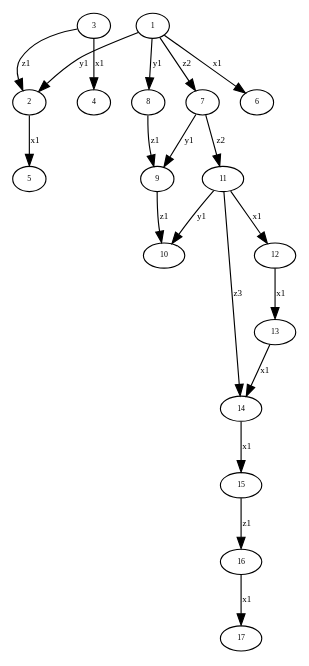
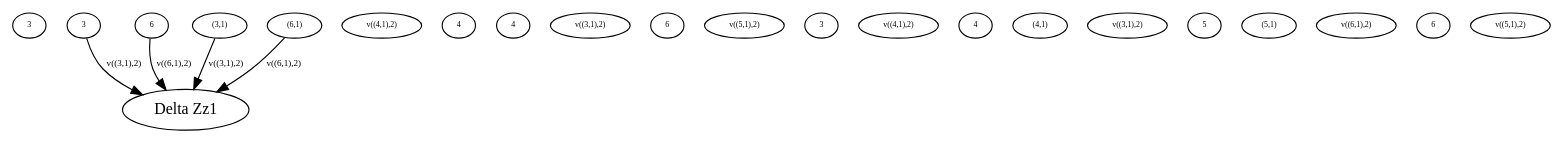
Before and after one commit to AndrewDuncan/Doublecoset: the diagram in python/genfold/alg3_test.gv, drawn with Graphviz. The commit also changed 2 other files, not shown here.

```diff
--- a/python/genfold/alg3_test.gv
+++ b/python/genfold/alg3_test.gv
@@ -1,38 +1,27 @@
 digraph H {
-"Hv1" [label="1",fontsize=7,width=.01,height=.01];
-"Hv1" -> "Hv2" [label="y1",fontsize=8];
-"Hv1" -> "Hv8" [label="y1",fontsize=8];
-"Hv1" -> "Hv6" [label="x1",fontsize=8];
-"Hv1" -> "Hv7" [label="z2",fontsize=8];
-"Hv2" [label="2",fontsize=7,width=.01,height=.01];
-"Hv2" -> "Hv5" [label="x1",fontsize=8];
-"Hv3" [label="3",fontsize=7,width=.01,height=.01];
-"Hv3" -> "Hv4" [label="x1",fontsize=8];
-"Hv3" -> "Hv2" [label="z1",fontsize=8];
-"Hv4" [label="4",fontsize=7,width=.01,height=.01];
-"Hv5" [label="5",fontsize=7,width=.01,height=.01];
-"Hv6" [label="6",fontsize=7,width=.01,height=.01];
-"Hv7" [label="7",fontsize=7,width=.01,height=.01];
-"Hv7" -> "Hv9" [label="y1",fontsize=8];
-"Hv7" -> "Hv11" [label="z2",fontsize=8];
-"Hv8" [label="8",fontsize=7,width=.01,height=.01];
-"Hv8" -> "Hv9" [label="z1",fontsize=8];
-"Hv9" [label="9",fontsize=7,width=.01,height=.01];
-"Hv9" -> "Hv10" [label="z1",fontsize=8];
-"Hv10" [label="10",fontsize=7,width=.01,height=.01];
-"Hv11" [label="11",fontsize=7,width=.01,height=.01];
-"Hv11" -> "Hv10" [label="y1",fontsize=8];
-"Hv11" -> "Hv12" [label="x1",fontsize=8];
-"Hv11" -> "Hv14" [label="z3",fontsize=8];
-"Hv12" [label="12",fontsize=7,width=.01,height=.01];
-"Hv12" -> "Hv13" [label="x1",fontsize=8];
-"Hv13" [label="13",fontsize=7,width=.01,height=.01];
-"Hv13" -> "Hv14" [label="x1",fontsize=8];
-"Hv14" [label="14",fontsize=7,width=.01,height=.01];
-"Hv14" -> "Hv15" [label="x1",fontsize=8];
-"Hv15" [label="15",fontsize=7,width=.01,height=.01];
-"Hv15" -> "Hv16" [label="z1",fontsize=8];
-"Hv16" [label="16",fontsize=7,width=.01,height=.01];
-"Hv16" -> "Hv17" [label="x1",fontsize=8];
-"Hv17" [label="17",fontsize=7,width=.01,height=.01];
+"Delta Zv1" [label="3",fontsize=7,width=.01,height=.01];
+"Delta Zv2" [label="3",fontsize=7,width=.01,height=.01];
+"Delta Zv2" -> "Delta Zz1" [label="v((3,1),2)",fontsize=8];
+"Delta Zv3" [label="v((4,1),2)",fontsize=7,width=.01,height=.01];
+"Delta Zv4" [label="4",fontsize=7,width=.01,height=.01];
+"Delta Zv5" [label="4",fontsize=7,width=.01,height=.01];
+"Delta Zv6" [label="v((3,1),2)",fontsize=7,width=.01,height=.01];
+"Delta Zv7" [label="6",fontsize=7,width=.01,height=.01];
+"Delta Zv8" [label="6",fontsize=7,width=.01,height=.01];
+"Delta Zv8" -> "Delta Zz1" [label="v((6,1),2)",fontsize=8];
+"Delta Zv9" [label="v((5,1),2)",fontsize=7,width=.01,height=.01];
+"Delta Zv10" [label="3",fontsize=7,width=.01,height=.01];
+"Delta Zv11" [label="(3,1)",fontsize=7,width=.01,height=.01];
+"Delta Zv11" -> "Delta Zz1" [label="v((3,1),2)",fontsize=8];
+"Delta Zv12" [label="v((4,1),2)",fontsize=7,width=.01,height=.01];
+"Delta Zv13" [label="4",fontsize=7,width=.01,height=.01];
+"Delta Zv14" [label="(4,1)",fontsize=7,width=.01,height=.01];
+"Delta Zv15" [label="v((3,1),2)",fontsize=7,width=.01,height=.01];
+"Delta Zv16" [label="5",fontsize=7,width=.01,height=.01];
+"Delta Zv17" [label="(5,1)",fontsize=7,width=.01,height=.01];
+"Delta Zv18" [label="v((6,1),2)",fontsize=7,width=.01,height=.01];
+"Delta Zv19" [label="6",fontsize=7,width=.01,height=.01];
+"Delta Zv20" [label="(6,1)",fontsize=7,width=.01,height=.01];
+"Delta Zv20" -> "Delta Zz1" [label="v((6,1),2)",fontsize=8];
+"Delta Zv21" [label="v((5,1),2)",fontsize=7,width=.01,height=.01];
 }
```
